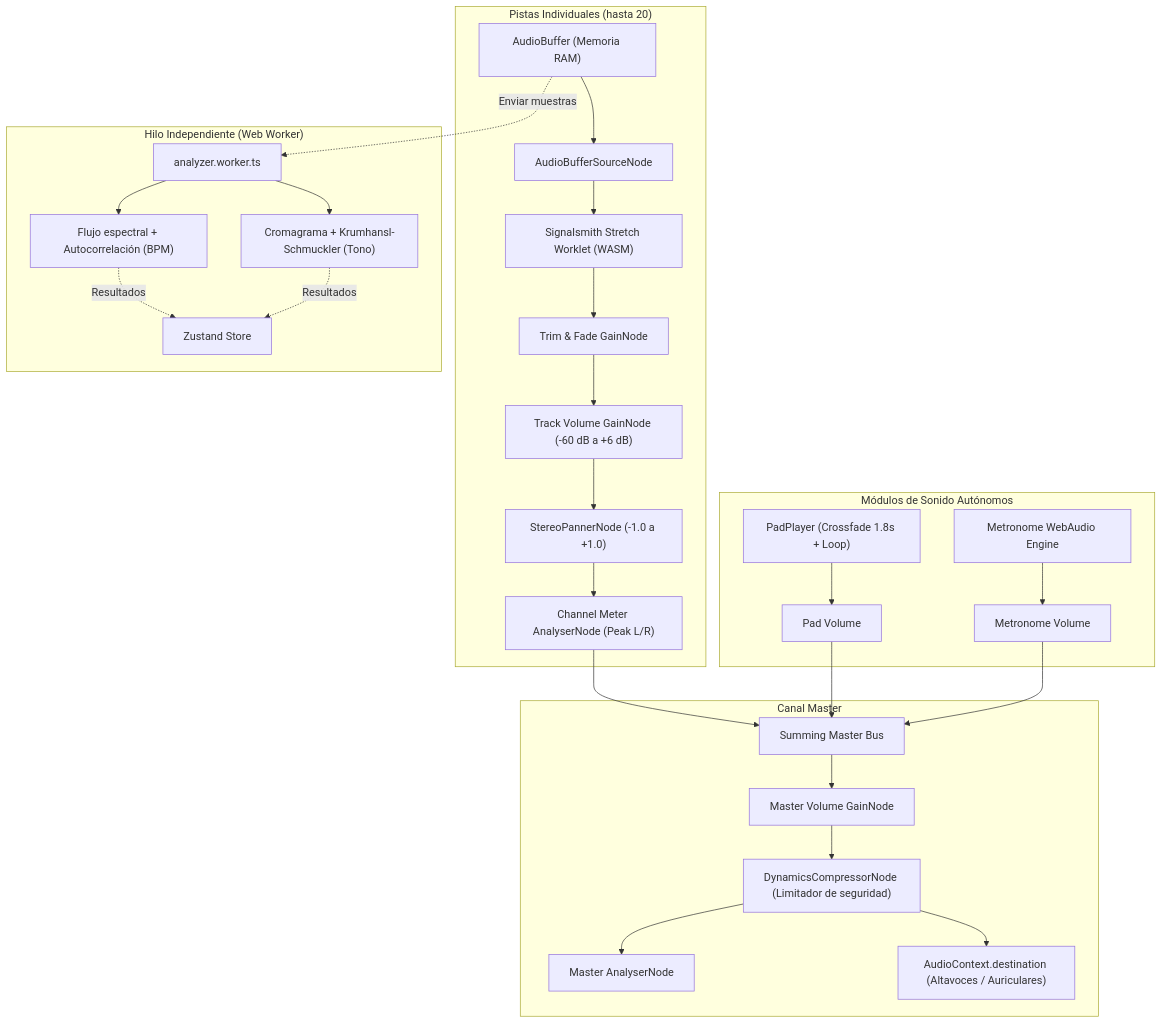
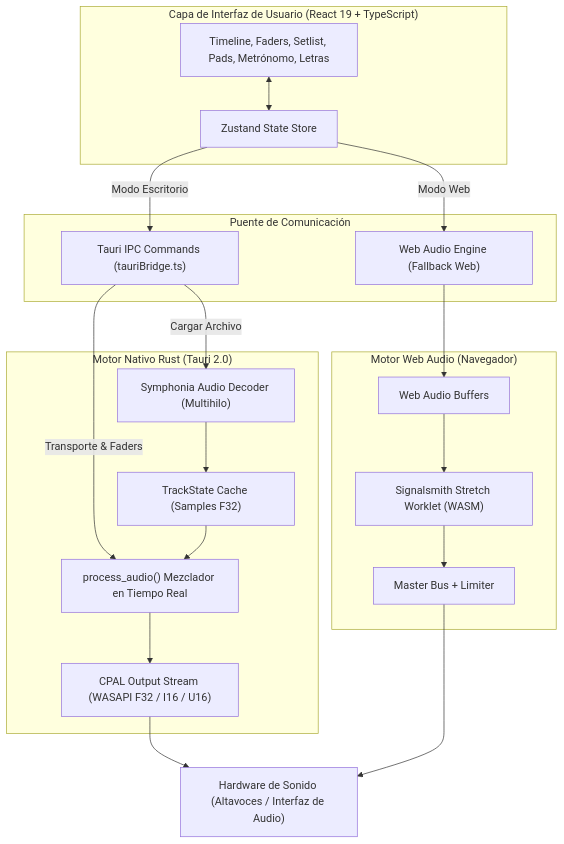
The diagram in README.md (edgardovalladares/OpenMT), drawn with Mermaid before and after one commit. The commit also changed other lines of this file and 1 other file, not shown here.

Commit message:
docs: restructure README for v3.0.0 and update download links for Tauri 2 + Rust release

````diff
--- a/README.md
+++ b/README.md
@@ -207,34 +219,38 @@
 ```mermaid
 flowchart TD
-    subgraph Pistas ["Pistas Individuales (hasta 20)"]
-        AudioBuffer["AudioBuffer (Memoria RAM)"] --> PlayheadNode["AudioBufferSourceNode"]
-        PlayheadNode --> StretchNode["Signalsmith Stretch Worklet (WASM)"]
-        StretchNode --> TrimFadeGain["Trim & Fade GainNode"]
-        TrimFadeGain --> TrackGain["Track Volume GainNode (-60 dB a +6 dB)"]
-        TrackGain --> StereoPanner["StereoPannerNode (-1.0 a +1.0)"]
-        StereoPanner --> MeterTap["Channel Meter AnalyserNode (Peak L/R)"]
+    subgraph UI ["Capa de Interfaz de Usuario (React 19 + TypeScript)"]
+        Components["Timeline, Faders, Setlist, Pads, Metrónomo, Letras"]
+        Store["Zustand State Store"]
+        Components <--> Store
     end
 
-    subgraph ModulosIndependientes ["Módulos de Sonido Autónomos"]
-        PadEngine["PadPlayer (Crossfade 1.8s + Loop)"] --> PadGain["Pad Volume"]
-        MetronomeEngine["Metronome WebAudio Engine"] --> MetronomeGain["Metronome Volume"]
+    subgraph Bridge ["Puente de Comunicación"]
+        TauriBridge["Tauri IPC Commands (tauriBridge.ts)"]
+        WebBridge["Web Audio Engine (Fallback Web)"]
+        Store -->|Modo Escritorio| TauriBridge
+        Store -->|Modo Web| WebBridge
     end
 
-    subgraph BusMaster ["Canal Master"]
-        MeterTap --> MasterBus["Summing Master Bus"]
-        PadGain --> MasterBus
-        MetronomeGain --> MasterBus
-        MasterBus --> MasterGain["Master Volume GainNode"]
-        MasterGain --> MasterLimiter["DynamicsCompressorNode (Limitador de seguridad)"]
-        MasterLimiter --> MasterMeter["Master AnalyserNode"]
-        MasterLimiter --> AudioDestination["AudioContext.destination (Altavoces / Auriculares)"]
+    subgraph RustEngine ["Motor Nativo Rust (Tauri 2.0)"]
+        Symphonia["Symphonia Audio Decoder (Multihilo)"]
+        TrackStates["TrackState Cache (Samples F32)"]
+        CPALStream["CPAL Output Stream (WASAPI F32 / I16 / U16)"]
+        AudioProcess["process_audio() Mezclador en Tiempo Real"]
+
+        TauriBridge -->|Cargar Archivo| Symphonia
+        Symphonia --> TrackStates
+        TauriBridge -->|Transporte & Faders| AudioProcess
+        TrackStates --> AudioProcess
+        AudioProcess --> CPALStream
     end
 
-    subgraph HiloBackground ["Hilo Independiente (Web Worker)"]
-        AudioBuffer -. Enviar muestras .-> Worker["analyzer.worker.ts"]
-        Worker --> SpectralFlux["Flujo espectral + Autocorrelación (BPM)"]
-        Worker --> Chromagram["Cromagrama + Krumhansl-Schmuckler (Tono)"]
-        SpectralFlux -. Resultados .-> Store["Zustand Store"]
-        Chromagram -. Resultados .-> Store
+    subgraph WebAudioEngine ["Motor Web Audio (Navegador)"]
+        AudioBuffer["Web Audio Buffers"]
+        WasmWorklet["Signalsmith Stretch Worklet (WASM)"]
+        MasterLimiter["Master Bus + Limiter"]
+        WebBridge --> AudioBuffer --> WasmWorklet --> MasterLimiter
     end
+
+    CPALStream --> Hardware["Hardware de Sonido (Altavoces / Interfaz de Audio)"]
+    MasterLimiter --> Hardware
 ```
````
